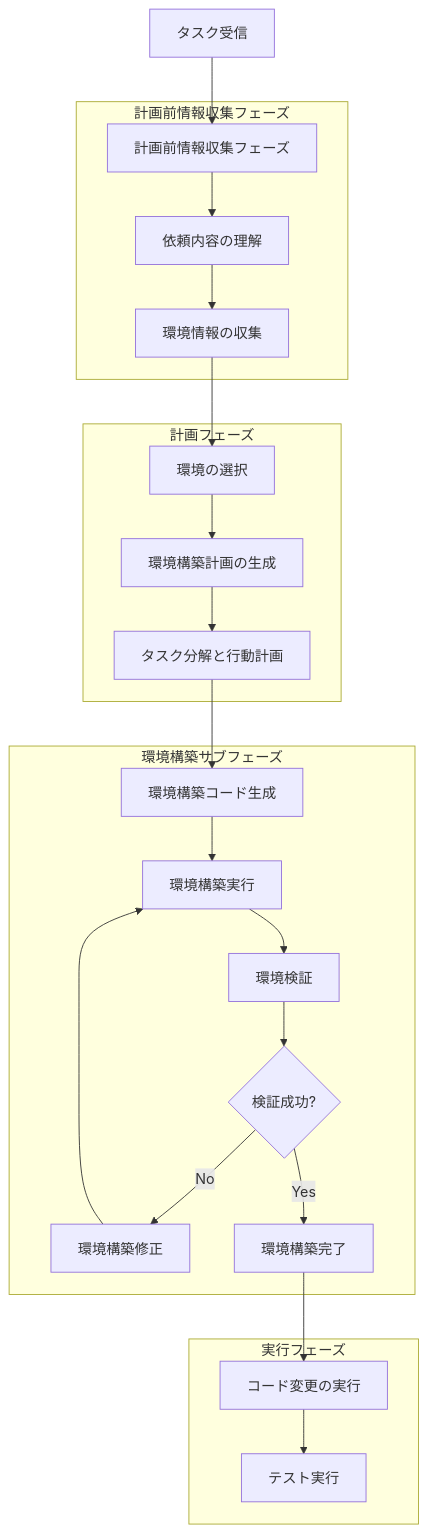
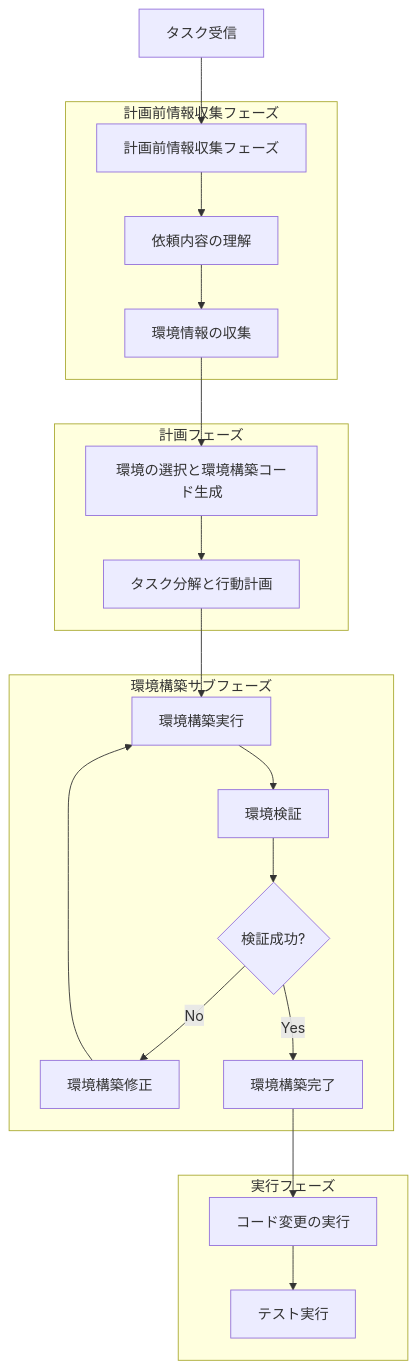
Before and after one commit to notfolder/coding_agent: the first of 3 diagrams in docs/spec/ENVIRONMENT_SETUP_IN_PLANNING_SPECIFICATION.md, drawn with Mermaid. The commit also changed other lines of this file, not shown here.

````diff
--- a/docs/spec/ENVIRONMENT_SETUP_IN_PLANNING_SPECIFICATION.md
+++ b/docs/spec/ENVIRONMENT_SETUP_IN_PLANNING_SPECIFICATION.md
@@ -47,30 +47,28 @@
 ```mermaid
 flowchart TD
     A[タスク受信] --> B[計画前情報収集フェーズ]
     
     subgraph PrePlanning[計画前情報収集フェーズ]
         B --> C[依頼内容の理解]
         C --> D[環境情報の収集]
     end
     
     subgraph Planning[計画フェーズ]
-        D --> E[環境の選択]
-        E --> F[環境構築計画の生成]
-        F --> G[タスク分解と行動計画]
+        D --> E[環境の選択と環境構築コード生成]
+        E --> F[タスク分解と行動計画]
     end
     
     subgraph EnvSetup[環境構築サブフェーズ]
-        G --> H[環境構築コード生成]
-        H --> I[環境構築実行]
-        I --> J[環境検証]
-        J --> K{検証成功?}
-        K -->|No| L[環境構築修正]
-        L --> I
-        K -->|Yes| M[環境構築完了]
+        F --> G[環境構築実行]
+        G --> H[環境検証]
+        H --> I{検証成功?}
+        I -->|No| J[環境構築修正]
+        J --> G
+        I -->|Yes| K[環境構築完了]
     end
     
     subgraph Execution[実行フェーズ]
-        M --> N[コード変更の実行]
-        N --> O[テスト実行]
+        K --> L[コード変更の実行]
+        L --> M[テスト実行]
     end
 ```
````
